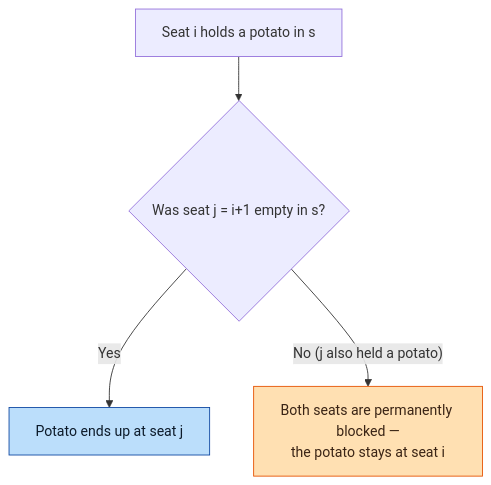
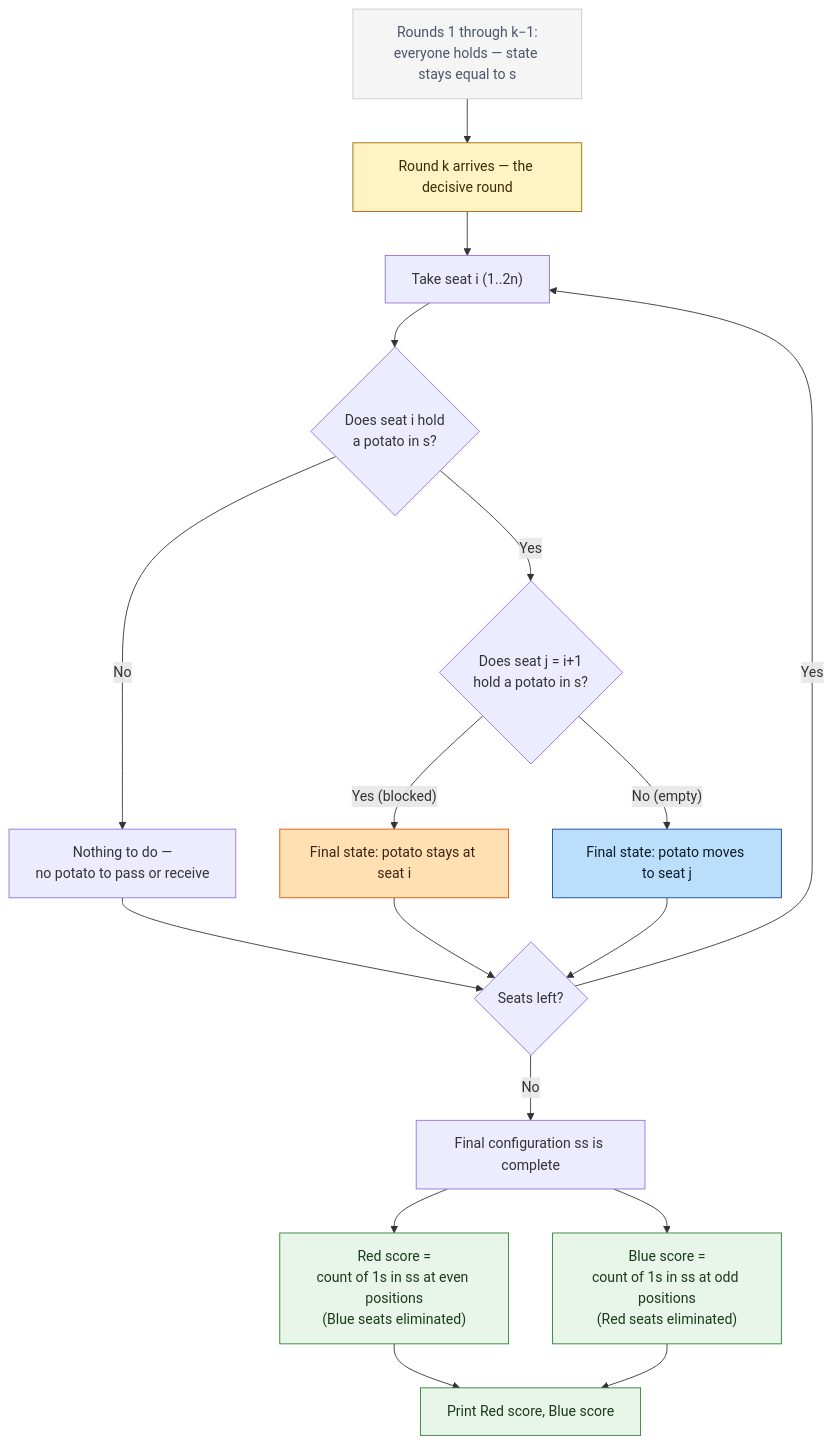
One commit to Mojahidul21/My-Competitive-Programming-Journey changed the second of 2 diagrams in Upsolve/Codeforces/Codeforces Round 1116 (Div. 2)/C. Hot Potatoes at the Fairy Warehouse/Approach.md. Above: the diagram before and after it, drawn with Mermaid.

````diff
--- a/Upsolve/Codeforces/Codeforces Round 1116 (Div. 2)/C. Hot Potatoes at the Fairy Warehouse/Approach.md
+++ b/Upsolve/Codeforces/Codeforces Round 1116 (Div. 2)/C. Hot Potatoes at the Fairy Warehouse/Approach.md
@@ -47,11 +47,35 @@
 ```mermaid
 flowchart TD
-    A["Seat i holds a potato in s"] --> B{"Was seat j = i+1 empty in s?"}
-    B -- "Yes" --> C["Potato ends up at seat j"]
-    B -- "No (j also held a potato)" --> D["Both seats are permanently blocked —<br/>the potato stays at seat i"]
+    Loop["Rounds 1 through k−1:<br/>everyone holds — state stays equal to s"] --> RK["Round k arrives — the decisive round"]
+    RK --> PerSeat["Take seat i (1..2n)"]
 
+    PerSeat --> HasPotato{"Does seat i hold<br/>a potato in s?"}
+    HasPotato -- "No" --> Nothing["Nothing to do —<br/>no potato to pass or receive"]
+    HasPotato -- "Yes" --> NextSeat{"Does seat j = i+1<br/>hold a potato in s?"}
+
+    NextSeat -- "Yes (blocked)" --> Stay["Final state: potato stays at seat i"]
+    NextSeat -- "No (empty)" --> Move["Final state: potato moves to seat j"]
+
+    Nothing --> More{"Seats left?"}
+    Stay --> More
+    Move --> More
+    More -- "Yes" --> PerSeat
+    More -- "No" --> Tally["Final configuration ss is complete"]
+
+    Tally --> RedCount["Red score =<br/>count of 1s in ss at even positions<br/>(Blue seats eliminated)"]
+    Tally --> BlueCount["Blue score =<br/>count of 1s in ss at odd positions<br/>(Red seats eliminated)"]
+
+    RedCount --> Output["Print Red score, Blue score"]
+    BlueCount --> Output
+
+    classDef quiet fill:#f5f5f5,stroke:#c6cbd3,color:#4a5568
+    classDef decisive fill:#fff3c4,stroke:#a16800,color:#3a2c00
     classDef move fill:#bbdefb,stroke:#0d47a1,color:#0d1b2a
     classDef stay fill:#ffe0b2,stroke:#e65100,color:#3a2415
-    class C move
-    class D stay
+    classDef score fill:#e8f5e9,stroke:#2e7d32,color:#1b3a1e
+    class Loop quiet
+    class RK decisive
+    class Move move
+    class Stay stay
+    class RedCount,BlueCount,Output score
 ```
````
